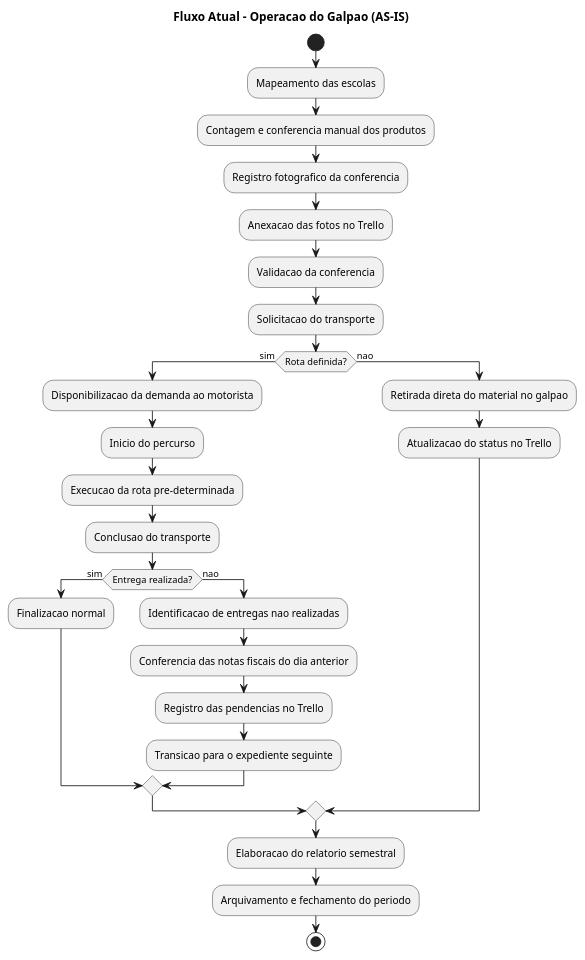
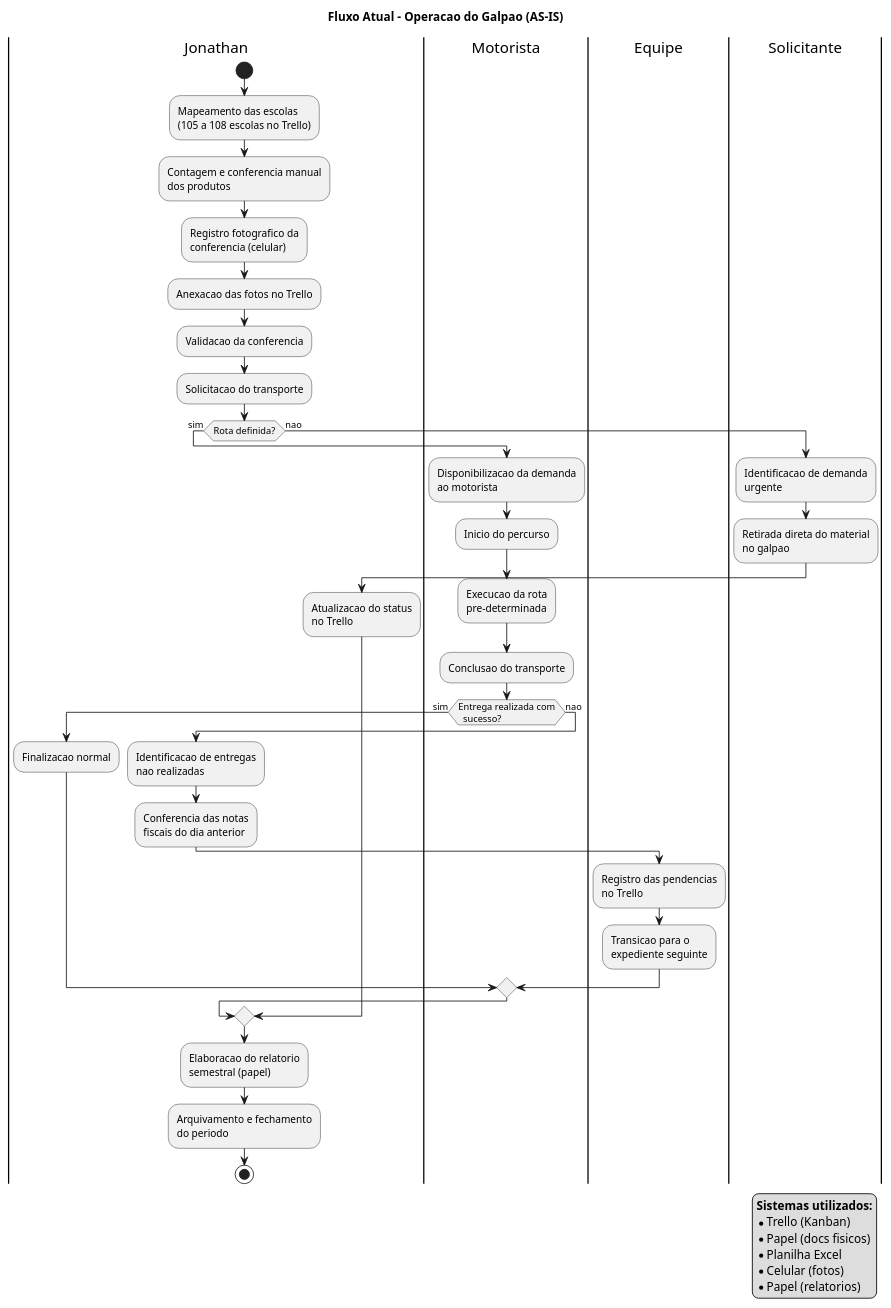
One commit to enzoguinossi/ProjetoFinalFAETEC changed the diagram in docs/puml/fluxo_atual.puml. Above: the diagram before and after it, drawn with PlantUML.

Commit message:
feat: add actors (swimlanes) and systems used to AS-IS flow diagram

```diff
--- a/docs/puml/fluxo_atual.puml
+++ b/docs/puml/fluxo_atual.puml
@@ -1,38 +1,86 @@
 @startuml
 skinparam shadowing false
 title Fluxo Atual - Operacao do Galpao (AS-IS)
 
+|Jonathan|
 start
+:Mapeamento das escolas
+(105 a 108 escolas no Trello);
 
-:Mapeamento das escolas;
-:Contagem e conferencia manual dos produtos;
-:Registro fotografico da conferencia;
+:Contagem e conferencia manual
+dos produtos;
+
+:Registro fotografico da
+conferencia (celular);
+
+|Jonathan|
 :Anexacao das fotos no Trello;
+
 :Validacao da conferencia;
+
 :Solicitacao do transporte;
 
 if (Rota definida?) then (sim)
-  :Disponibilizacao da demanda ao motorista;
+
+  |Motorista|
+  :Disponibilizacao da demanda
+  ao motorista;
+
   :Inicio do percurso;
-  :Execucao da rota pre-determinada;
+
+  :Execucao da rota
+  pre-determinada;
+
   :Conclusao do transporte;
-  
-  if (Entrega realizada?) then (sim)
+
+  if (Entrega realizada com
+  sucesso?) then (sim)
+    |Jonathan|
     :Finalizacao normal;
   else (nao)
-    :Identificacao de entregas nao realizadas;
-    :Conferencia das notas fiscais do dia anterior;
-    :Registro das pendencias no Trello;
-    :Transicao para o expediente seguinte;
+    |Jonathan|
+    :Identificacao de entregas
+    nao realizadas;
+
+    :Conferencia das notas
+    fiscais do dia anterior;
+
+    |Equipe|
+    :Registro das pendencias
+    no Trello;
+
+    :Transicao para o
+    expediente seguinte;
   endif
-  
+
 else (nao)
-  :Retirada direta do material no galpao;
-  :Atualizacao do status no Trello;
+  |Solicitante|
+  :Identificacao de demanda
+  urgente;
+
+  :Retirada direta do material
+  no galpao;
+
+  |Jonathan|
+  :Atualizacao do status
+  no Trello;
 endif
 
-:Elaboracao do relatorio semestral;
-:Arquivamento e fechamento do periodo;
+  |Jonathan|
+:Elaboracao do relatorio
+semestral (papel);
+
+:Arquivamento e fechamento
+do periodo;
 
 stop
+
+legend right
+  **Sistemas utilizados:**
+  * Trello (Kanban)
+  * Papel (docs fisicos)
+  * Planilha Excel
+  * Celular (fotos)
+  * Papel (relatorios)
+endlegend
 @enduml
```
